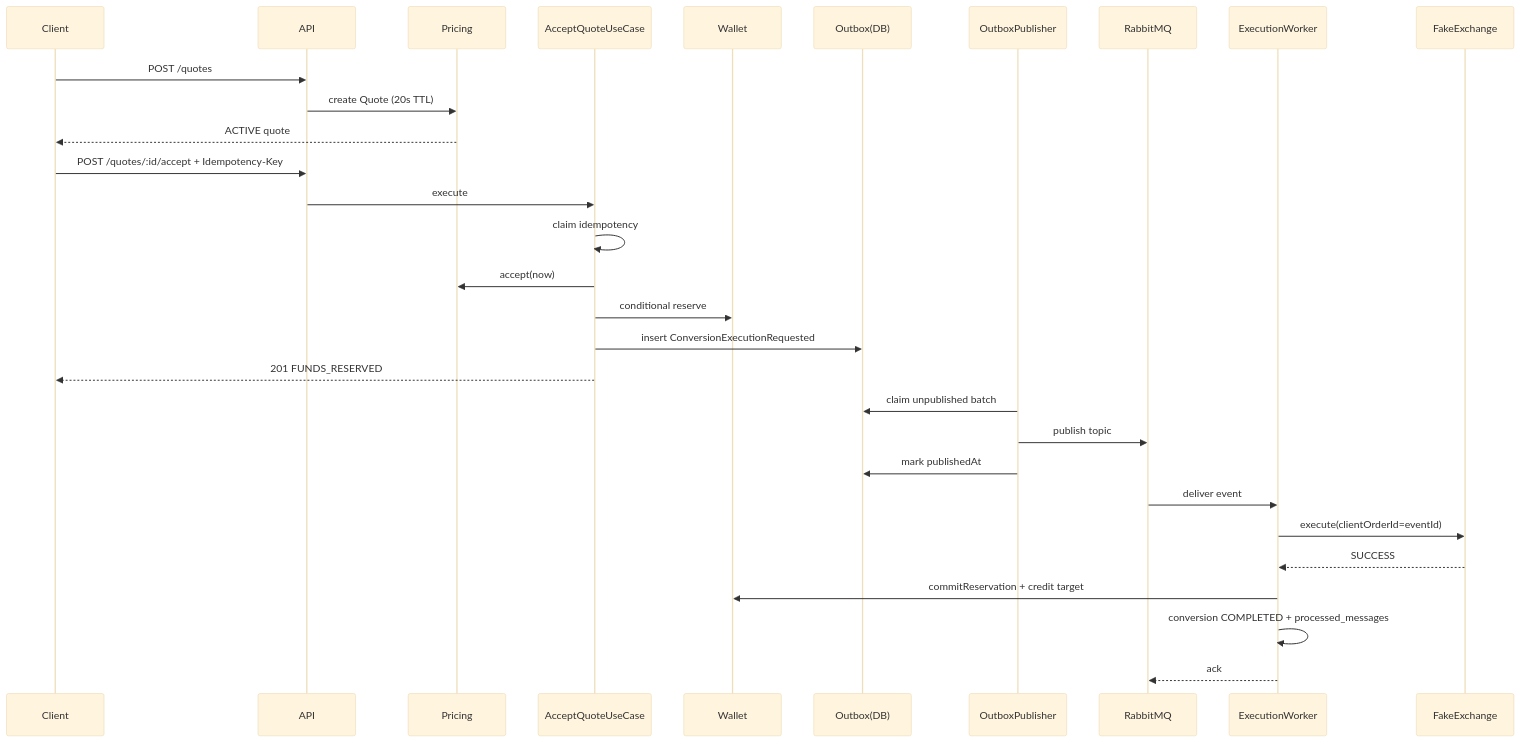
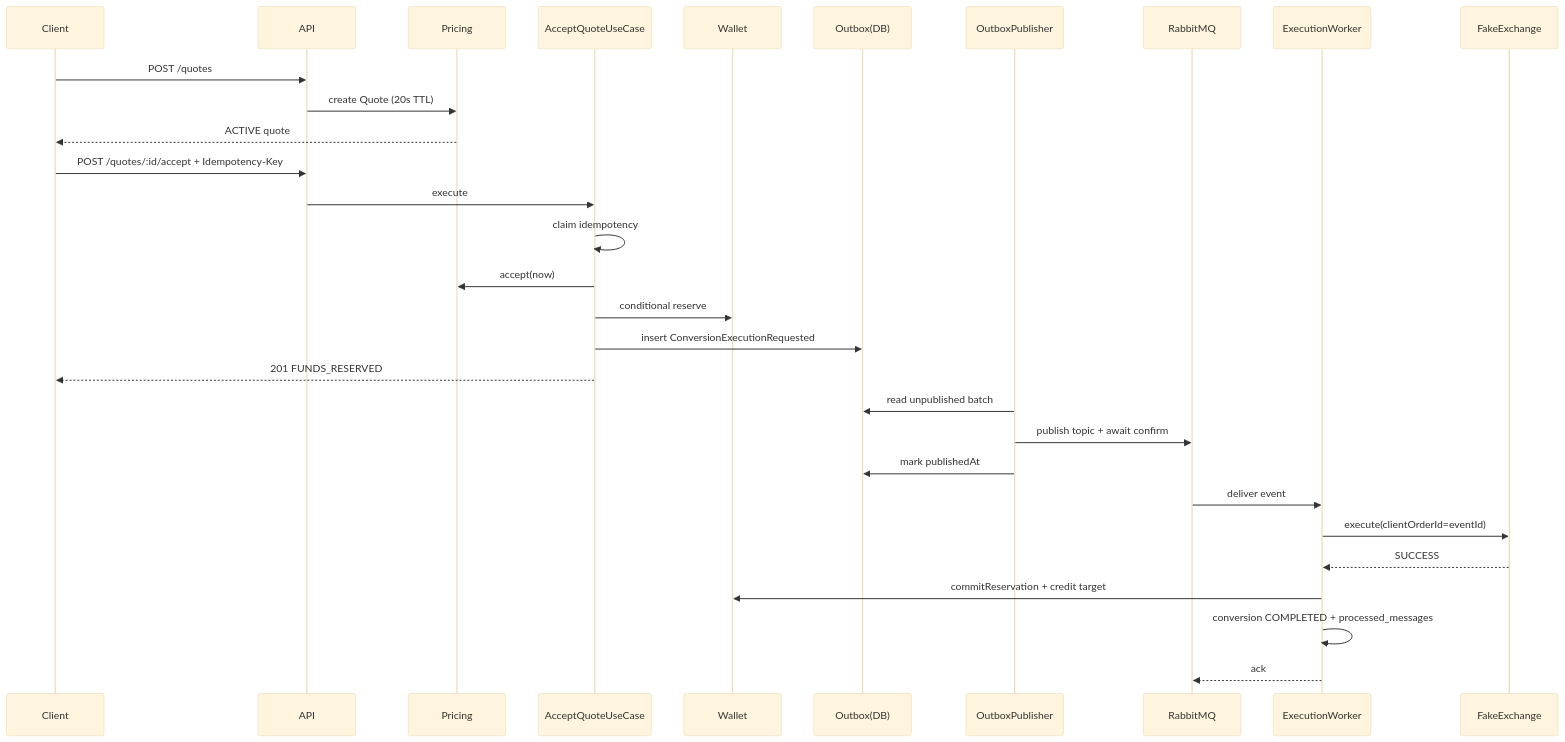
Before and after one commit to saeed-alimardani/wallet-conversion-engine: the second of 3 diagrams in docs/ARCHITECTURE.md, drawn with Mermaid (base theme). The commit also changed other lines of this file and 12 other files, not shown here.

````diff
--- a/docs/ARCHITECTURE.md
+++ b/docs/ARCHITECTURE.md
@@ -68,36 +68,36 @@
 ```mermaid
 sequenceDiagram
   participant Client
   participant API
   participant Pricing
   participant ConversionUC as AcceptQuoteUseCase
   participant Wallet
   participant OutboxDB as Outbox(DB)
   participant Publisher as OutboxPublisher
   participant RMQ as RabbitMQ
   participant Worker as ExecutionWorker
   participant Exchange as FakeExchange
 
   Client->>API: POST /quotes
   API->>Pricing: create Quote (20s TTL)
   Pricing-->>Client: ACTIVE quote
 
   Client->>API: POST /quotes/:id/accept + Idempotency-Key
   API->>ConversionUC: execute
   ConversionUC->>ConversionUC: claim idempotency
   ConversionUC->>Pricing: accept(now)
   ConversionUC->>Wallet: conditional reserve
   ConversionUC->>OutboxDB: insert ConversionExecutionRequested
   ConversionUC-->>Client: 201 FUNDS_RESERVED
 
-  Publisher->>OutboxDB: claim unpublished batch
-  Publisher->>RMQ: publish topic
+  Publisher->>OutboxDB: read unpublished batch
+  Publisher->>RMQ: publish topic + await confirm
   Publisher->>OutboxDB: mark publishedAt
 
   RMQ->>Worker: deliver event
   Worker->>Exchange: execute(clientOrderId=eventId)
   Exchange-->>Worker: SUCCESS
   Worker->>Wallet: commitReservation + credit target
   Worker->>Worker: conversion COMPLETED + processed_messages
   Worker-->>RMQ: ack
 ```
````
